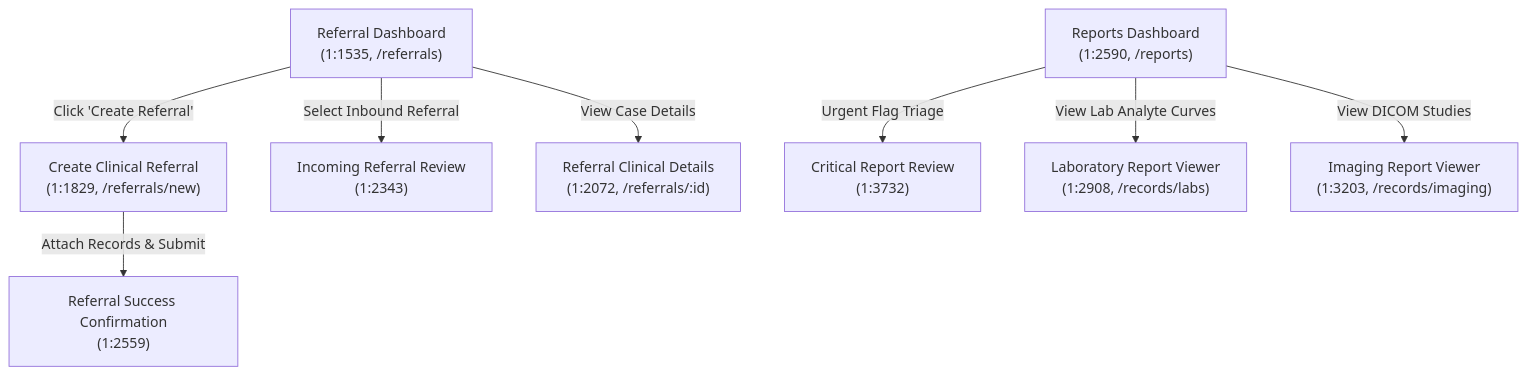
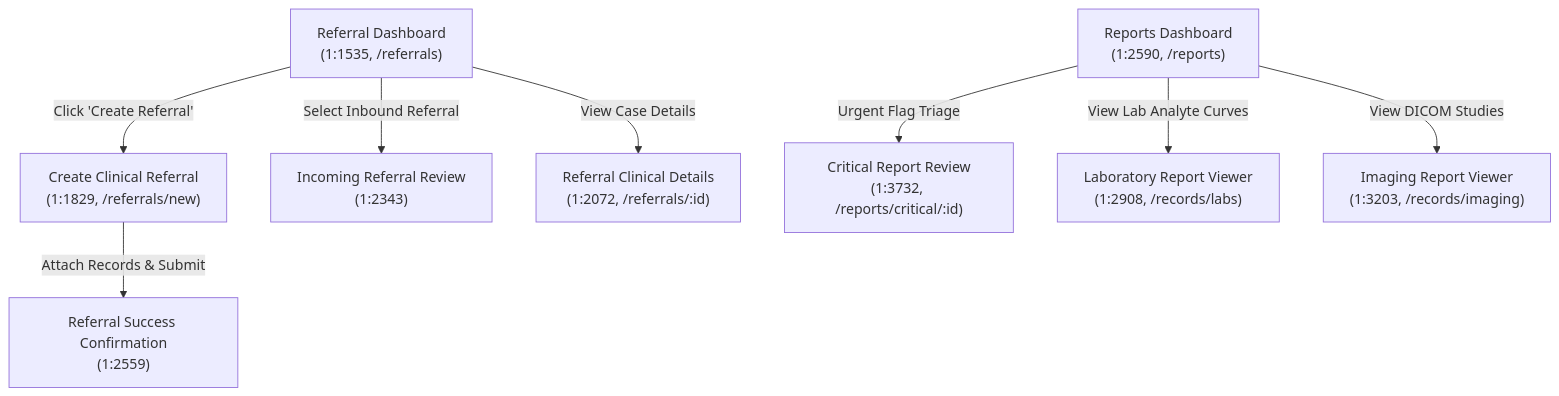
The sixth of 6 diagrams in phases.md (Pratik-370/doctor-web-frontend), drawn with Mermaid before and after one commit. The commit also changed other lines of this file and 8 other files, not shown here.

````diff
--- a/phases.md
+++ b/phases.md
@@ -228,11 +228,11 @@
 ```mermaid
 flowchart TD
     ReferralDash["Referral Dashboard<br/>(1:1535, /referrals)"] -->|"Click 'Create Referral'"| CreateRef["Create Clinical Referral<br/>(1:1829, /referrals/new)"]
     CreateRef -->|"Attach Records & Submit"| RefSuccess["Referral Success Confirmation<br/>(1:2559)"]
     ReferralDash -->|"Select Inbound Referral"| TriageRef["Incoming Referral Review<br/>(1:2343)"]
     ReferralDash -->|"View Case Details"| RefDetails["Referral Clinical Details<br/>(1:2072, /referrals/:id)"]
     
-    ReportsDash["Reports Dashboard<br/>(1:2590, /reports)"] -->|"Urgent Flag Triage"| CritReview["Critical Report Review<br/>(1:3732)"]
+    ReportsDash["Reports Dashboard<br/>(1:2590, /reports)"] -->|"Urgent Flag Triage"| CritReview["Critical Report Review<br/>(1:3732, /reports/critical/:id)"]
     ReportsDash -->|"View Lab Analyte Curves"| Labs["Laboratory Report Viewer<br/>(1:2908, /records/labs)"]
     ReportsDash -->|"View DICOM Studies"| Imaging["Imaging Report Viewer<br/>(1:3203, /records/imaging)"]
 ```
````
